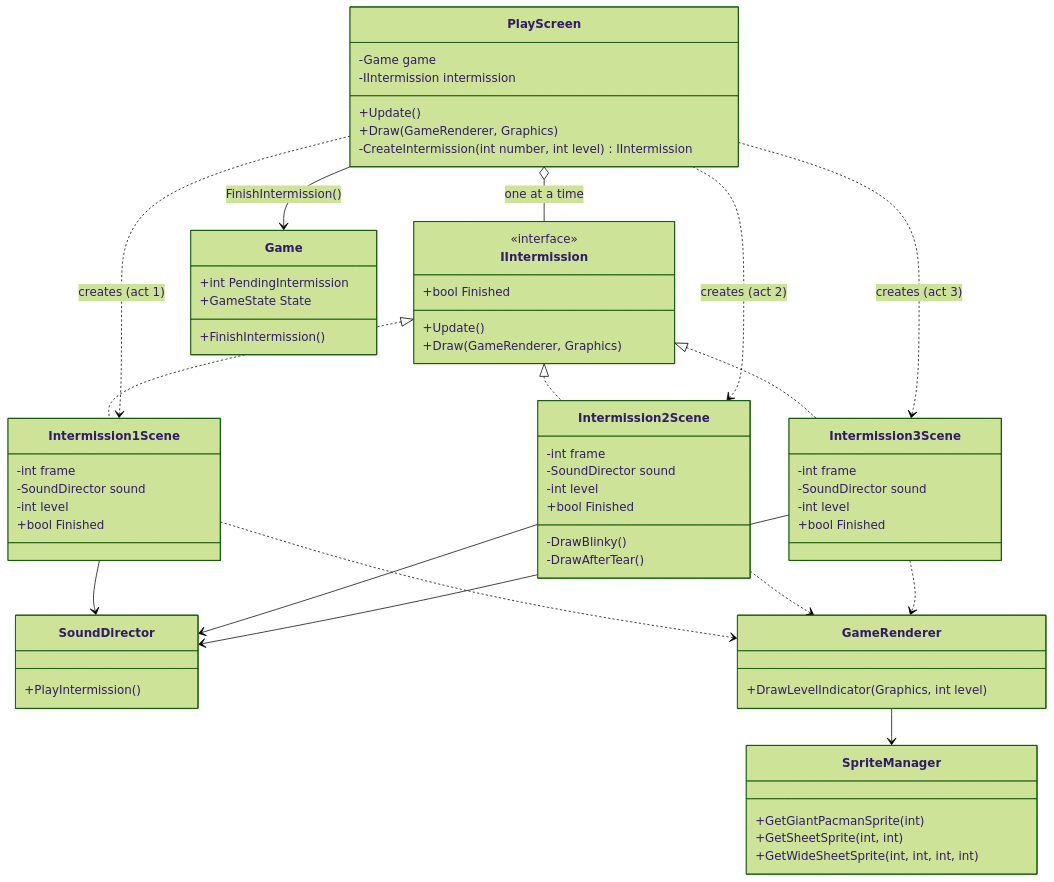
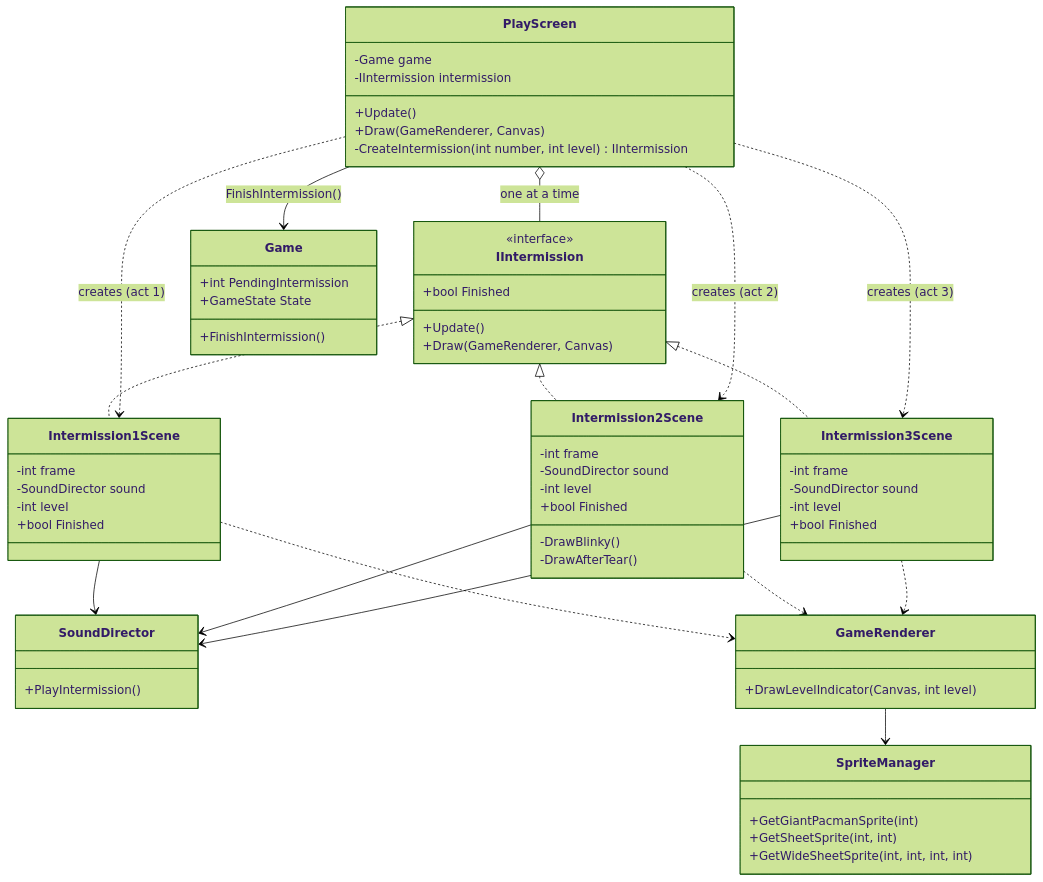
One commit to Telev78/pacman changed the third of 18 diagrams in docs/Pacman_UML_and_State_Diagrams_EN.md. Above: the diagram before and after it, drawn with Mermaid (forest theme). The commit also changed other lines of this file and 36 other files, not shown here.

````diff
--- a/docs/Pacman_UML_and_State_Diagrams_EN.md
+++ b/docs/Pacman_UML_and_State_Diagrams_EN.md
@@ -223,69 +246,69 @@
 ```mermaid
 classDiagram
   direction TB
   class IIntermission {
     <<interface>>
     +bool Finished
     +Update()
-    +Draw(GameRenderer, Graphics)
+    +Draw(GameRenderer, Canvas)
   }
   class PlayScreen {
     -Game game
     -IIntermission intermission
     +Update()
-    +Draw(GameRenderer, Graphics)
+    +Draw(GameRenderer, Canvas)
     -CreateIntermission(int number, int level) IIntermission
   }
   class Game {
     +int PendingIntermission
     +GameState State
     +FinishIntermission()
   }
   class Intermission1Scene {
     -int frame
     -SoundDirector sound
     -int level
     +bool Finished
   }
   class Intermission2Scene {
     -int frame
     -SoundDirector sound
     -int level
     +bool Finished
     -DrawBlinky()
     -DrawAfterTear()
   }
   class Intermission3Scene {
     -int frame
     -SoundDirector sound
     -int level
     +bool Finished
   }
   class SoundDirector {
     +PlayIntermission()
   }
   class GameRenderer {
-    +DrawLevelIndicator(Graphics, int level)
+    +DrawLevelIndicator(Canvas, int level)
   }
   class SpriteManager {
     +GetGiantPacmanSprite(int)
     +GetSheetSprite(int, int)
     +GetWideSheetSprite(int, int, int, int)
   }
 
   IIntermission <|.. Intermission1Scene
   IIntermission <|.. Intermission2Scene
   IIntermission <|.. Intermission3Scene
   PlayScreen o-- IIntermission : one at a time
   PlayScreen --> Game : FinishIntermission()
   PlayScreen ..> Intermission1Scene : creates (act 1)
   PlayScreen ..> Intermission2Scene : creates (act 2)
   PlayScreen ..> Intermission3Scene : creates (act 3)
   Intermission1Scene --> SoundDirector
   Intermission2Scene --> SoundDirector
   Intermission3Scene --> SoundDirector
   Intermission1Scene ..> GameRenderer
   Intermission2Scene ..> GameRenderer
   Intermission3Scene ..> GameRenderer
   GameRenderer --> SpriteManager
 ```
````
